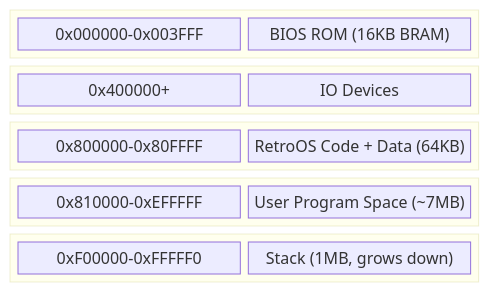
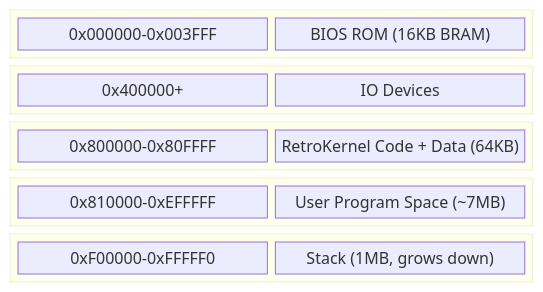
The second of 6 diagrams in docs/os-spec.md (benpayne/learn-fpga), drawn with Mermaid before and after one commit. The commit also changed other lines of this file, not shown here.

Commit message:
Rename OS to kernel, clarify BIOS/kernel/app layering

````diff
--- a/docs/os-spec.md
+++ b/docs/os-spec.md
@@ -45,29 +51,29 @@
 ```mermaid
 block-beta
     columns 2
 
     block:rom:2
         columns 2
         r1["0x000000-0x003FFF"] r2["BIOS ROM (16KB BRAM)"]
     end
 
     block:io:2
         columns 2
         i1["0x400000+"] i2["IO Devices"]
     end
 
     block:os:2
         columns 2
-        o1["0x800000-0x80FFFF"] o2["RetroOS Code + Data (64KB)"]
+        o1["0x800000-0x80FFFF"] o2["RetroKernel Code + Data (64KB)"]
     end
 
     block:user:2
         columns 2
         u1["0x810000-0xEFFFFF"] u2["User Program Space (~7MB)"]
     end
 
     block:stack:2
         columns 2
         s1["0xF00000-0xFFFFF0"] s2["Stack (1MB, grows down)"]
     end
 ```
````
